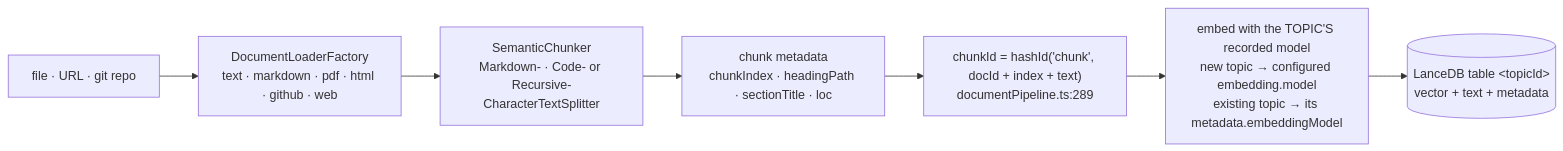
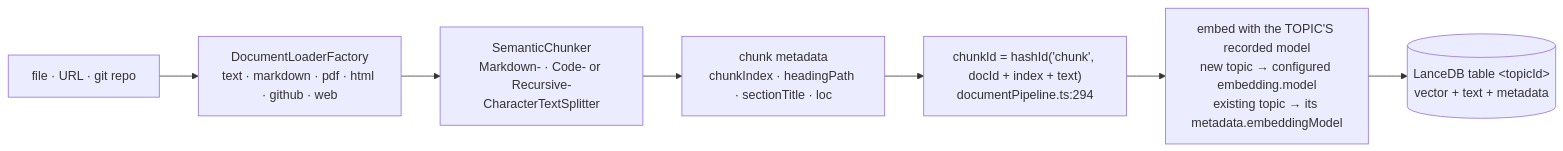
The second of 4 diagrams in docs/RETRIEVAL-PIPELINE.md (hyorman/RAGnarok), drawn with Mermaid before and after one commit. The commit also changed other lines of this file and 60 other files, not shown here.

````diff
--- a/docs/RETRIEVAL-PIPELINE.md
+++ b/docs/RETRIEVAL-PIPELINE.md
@@ -39,9 +39,9 @@
 ```mermaid
 flowchart LR
   F["file · URL · git repo"] --> L["DocumentLoaderFactory<br/>text · markdown · pdf · html · github · web"]
   L --> C["SemanticChunker<br/>Markdown- · Code- or Recursive-CharacterTextSplitter"]
   C --> M["chunk metadata<br/>chunkIndex · headingPath · sectionTitle · loc"]
-  M --> ID["chunkId = hashId('chunk', docId + index + text)<br/>documentPipeline.ts:289"]
+  M --> ID["chunkId = hashId('chunk', docId + index + text)<br/>documentPipeline.ts:294"]
   ID --> E["embed with the TOPIC'S recorded model<br/>new topic → configured embedding.model<br/>existing topic → its metadata.embeddingModel"]
   E --> V[("LanceDB table &lt;topicId&gt;<br/>vector + text + metadata")]
 ```
````
